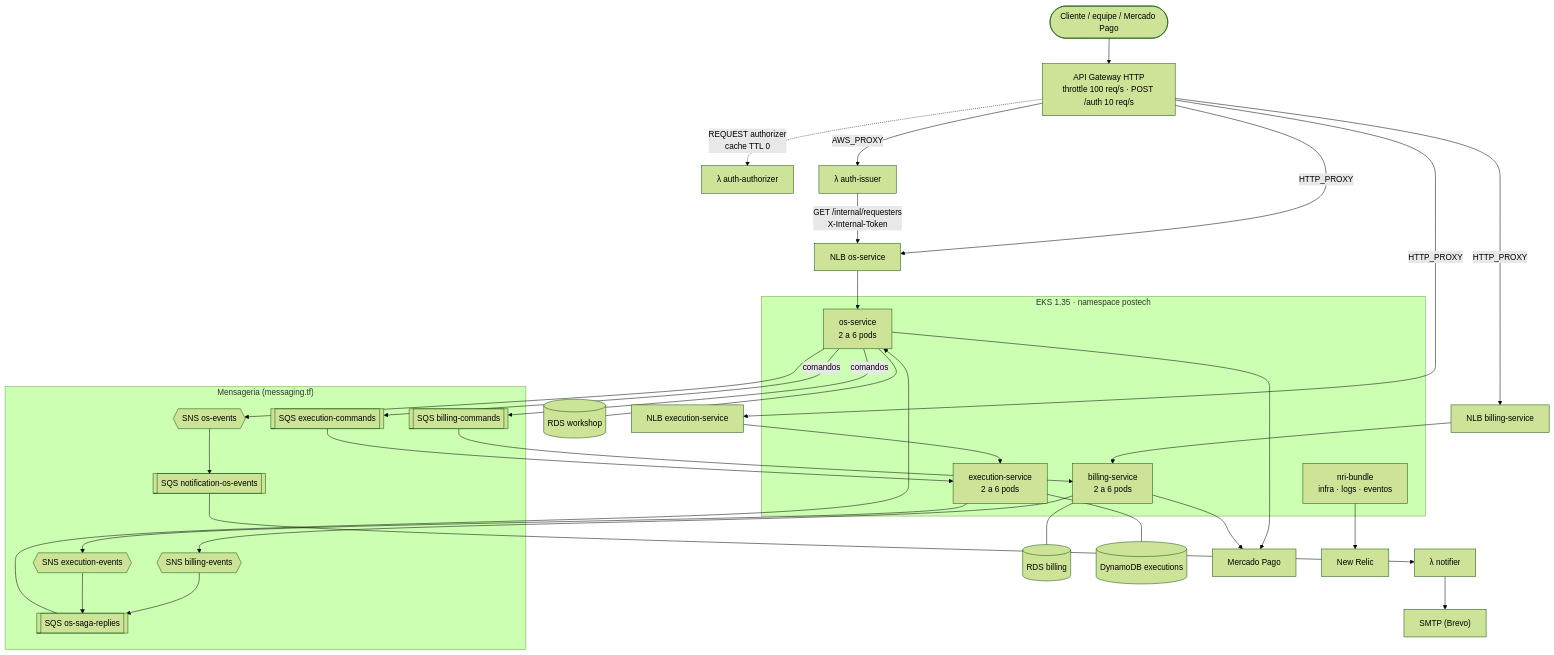
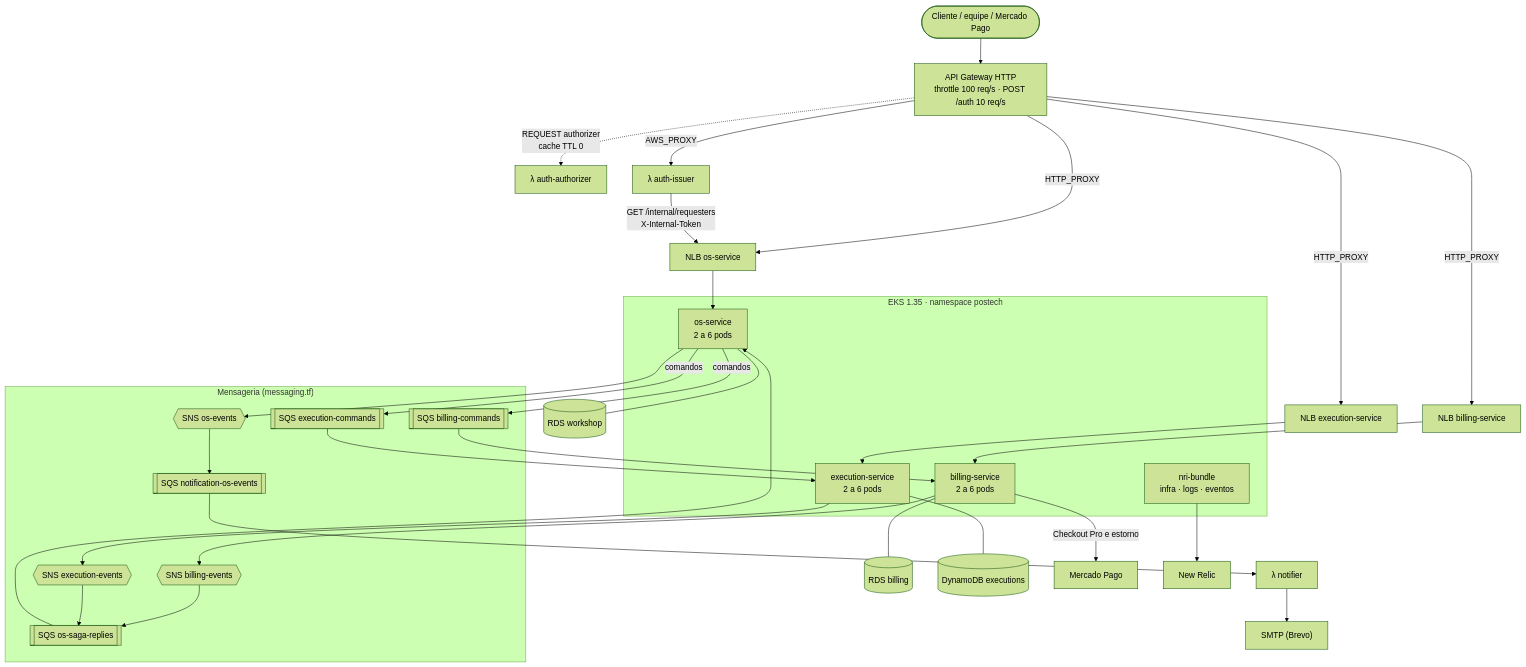
One commit to Kc1t/postech-tc4-infra-k8s changed the first of 2 diagrams in README.md. Above: the diagram before and after it, drawn with Mermaid (forest theme). The commit also changed other lines of this file, not shown here.

````diff
--- a/README.md
+++ b/README.md
@@ -22,41 +50,41 @@
 ```mermaid
 flowchart TB
     cli(["Cliente / equipe / Mercado Pago"]) --> gw["API Gateway HTTP<br/>throttle 100 req/s · POST /auth 10 req/s"]
     gw -.->|"REQUEST authorizer<br/>cache TTL 0"| az["λ auth-authorizer"]
     gw -->|AWS_PROXY| iss["λ auth-issuer"]
     gw -->|HTTP_PROXY| nlbos["NLB os-service"] & nlbbi["NLB billing-service"] & nlbex["NLB execution-service"]
 
     subgraph eks["EKS 1.35 · namespace postech"]
         os["os-service<br/>2 a 6 pods"]
         bi["billing-service<br/>2 a 6 pods"]
         ex["execution-service<br/>2 a 6 pods"]
         nr["nri-bundle<br/>infra · logs · eventos"]
     end
     nlbos --> os
     nlbbi --> bi
     nlbex --> ex
     iss -->|"GET /internal/requesters<br/>X-Internal-Token"| nlbos
 
     os --- rdsos[("RDS workshop")]
     bi --- rdsbi[("RDS billing")]
     ex --- ddb[("DynamoDB executions")]
 
     subgraph msg["Mensageria (messaging.tf)"]
         osev{{"SNS os-events"}}
         biev{{"SNS billing-events"}}
         exev{{"SNS execution-events"}}
         rep[["SQS os-saga-replies"]]
         bic[["SQS billing-commands"]]
         exc[["SQS execution-commands"]]
         notq[["SQS notification-os-events"]]
     end
     os -->|comandos| bic & exc
     bic --> bi
     exc --> ex
     bi --> biev --> rep
     ex --> exev --> rep
     rep --> os
     os --> osev --> notq --> notif["λ notifier"] --> smtp["SMTP (Brevo)"]
-    os & bi --> mp["Mercado Pago"]
+    bi -->|"Checkout Pro e estorno"| mp["Mercado Pago"]
     nr --> nrc["New Relic"]
 ```
````
